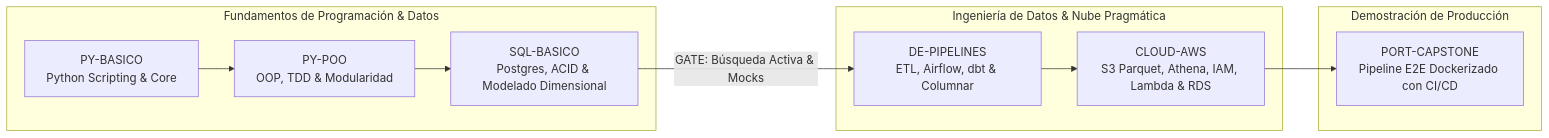
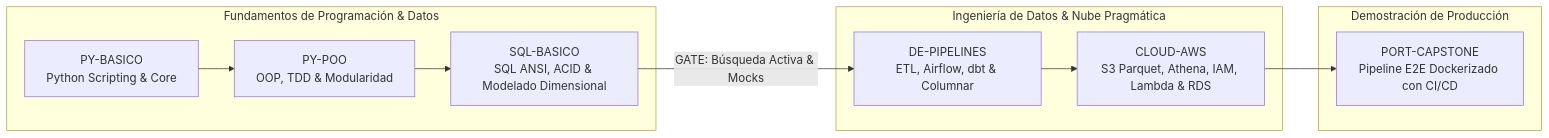
The diagram in system/docs/05-syllabus-maestro.md (01Ander/DoJo_Study), drawn with Mermaid before and after one commit. The commit also changed other lines of this file and 2 other files, not shown here.

Commit message:
fix(curriculum): ratificar podas en PY-POO chronicle, ajustar Postgres a pipelines y blindar Gate 2

````diff
--- a/system/docs/05-syllabus-maestro.md
+++ b/system/docs/05-syllabus-maestro.md
@@ -21,16 +22,16 @@
 ```mermaid
 graph LR
     subgraph Core [Fundamentos de Programación & Datos]
         P1[PY-BASICO<br/>Python Scripting & Core] --> P2[PY-POO<br/>OOP, TDD & Modularidad]
-        P2 --> S1[SQL-BASICO<br/>Postgres, ACID & Modelado Dimensional]
+        P2 --> S1[SQL-BASICO<br/>SQL ANSI, ACID & Modelado Dimensional]
     end
 
     subgraph Datos & Cloud [Ingeniería de Datos & Nube Pragmática]
         S1 -->|GATE: Búsqueda Activa & Mocks| DE[DE-PIPELINES<br/>ETL, Airflow, dbt & Columnar]
         DE --> CLOUD[CLOUD-AWS<br/>S3 Parquet, Athena, IAM, Lambda & RDS]
     end
 
     subgraph Portafolio [Demostración de Producción]
         CLOUD --> PORT[PORT-CAPSTONE<br/>Pipeline E2E Dockerizado con CI/CD]
     end
 ```
````
